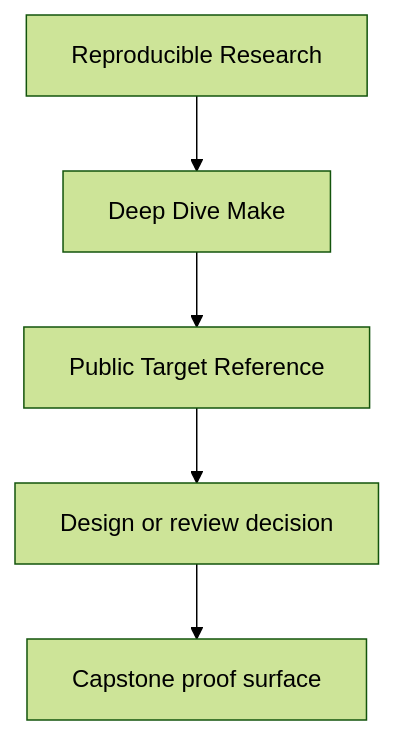
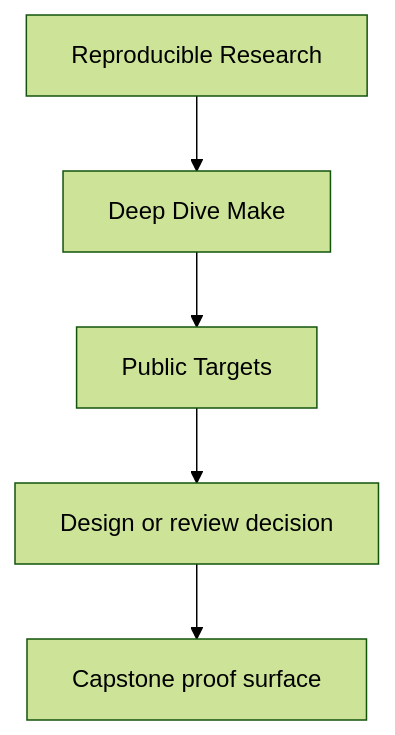
One commit to bijux/bijux-masterclass changed the first of 2 diagrams in programs/reproducible-research/deep-dive-make/course-book/reference/public-targets.md. Above: the diagram before and after it, drawn with Mermaid (forest theme). The commit also changed other lines of this file, not shown here.

Commit message:
docs(reference): clarify deep-dive-make public targets

````diff
--- a/programs/reproducible-research/deep-dive-make/course-book/reference/public-targets.md
+++ b/programs/reproducible-research/deep-dive-make/course-book/reference/public-targets.md
@@ -9,7 +8,7 @@
 ```mermaid
 flowchart TD
   family["Reproducible Research"] --> program["Deep Dive Make"]
-  program --> reference["Public Target Reference"]
+  program --> reference["Public Targets"]
   reference --> review["Design or review decision"]
   review --> capstone["Capstone proof surface"]
 ```
````
